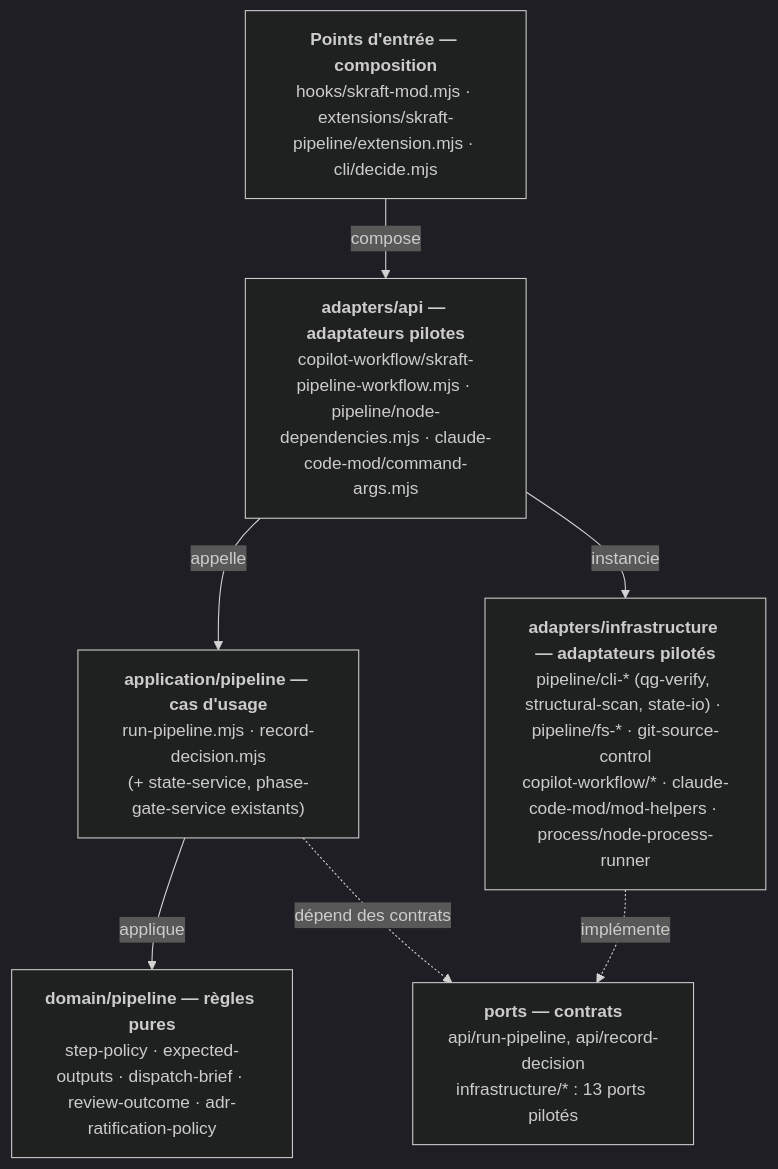
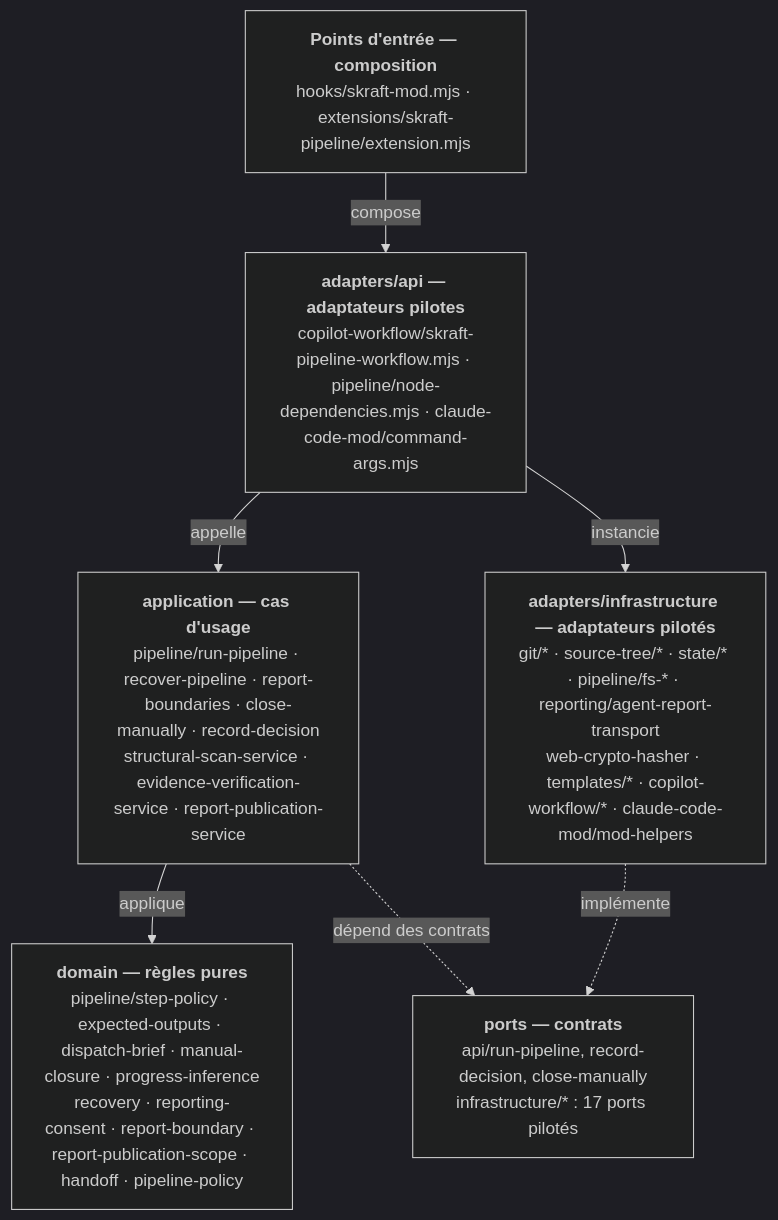
Before and after one commit to SebastienDegodez/skraft-plugin: the first of 5 diagrams in docs/run-pipeline.md, drawn with Mermaid (dark theme). The commit also changed other lines of this file and 10 other files, not shown here.

First line of the commit message:
docs(pipeline): ADR-010, RunPipeline doc rewritten, hooks pages without G1/G6/G9

````diff
--- a/docs/run-pipeline.md
+++ b/docs/run-pipeline.md
@@ -60,16 +111,16 @@
 ```mermaid
 flowchart TB
-  E["<b>Points d'entrée — composition</b><br/>hooks/skraft-mod.mjs · extensions/skraft-pipeline/extension.mjs · cli/decide.mjs"]
+  E["<b>Points d'entrée — composition</b><br/>hooks/skraft-mod.mjs · extensions/skraft-pipeline/extension.mjs"]
   API["<b>adapters/api — adaptateurs pilotes</b><br/>copilot-workflow/skraft-pipeline-workflow.mjs · pipeline/node-dependencies.mjs · claude-code-mod/command-args.mjs"]
-  APP["<b>application/pipeline — cas d'usage</b><br/>run-pipeline.mjs · record-decision.mjs<br/>(+ state-service, phase-gate-service existants)"]
-  DOM["<b>domain/pipeline — règles pures</b><br/>step-policy · expected-outputs · dispatch-brief · review-outcome · adr-ratification-policy"]
-  PORTS["<b>ports — contrats</b><br/>api/run-pipeline, api/record-decision<br/>infrastructure/* : 13 ports pilotés"]
-  INFRA["<b>adapters/infrastructure — adaptateurs pilotés</b><br/>pipeline/cli-* (qg-verify, structural-scan, state-io) · pipeline/fs-* · git-source-control<br/>copilot-workflow/* · claude-code-mod/mod-helpers · process/node-process-runner"]
+  APP["<b>application — cas d'usage</b><br/>pipeline/run-pipeline · recover-pipeline · report-boundaries · close-manually · record-decision<br/>structural-scan-service · evidence-verification-service · report-publication-service"]
+  DOM["<b>domain — règles pures</b><br/>pipeline/step-policy · expected-outputs · dispatch-brief · manual-closure · progress-inference<br/>recovery · reporting-consent · report-boundary · report-publication-scope · handoff · pipeline-policy"]
+  PORTS["<b>ports — contrats</b><br/>api/run-pipeline, record-decision, close-manually<br/>infrastructure/* : 17 ports pilotés"]
+  INFRA["<b>adapters/infrastructure — adaptateurs pilotés</b><br/>git/* · source-tree/* · state/* · pipeline/fs-* · reporting/agent-report-transport<br/>web-crypto-hasher · templates/* · copilot-workflow/* · claude-code-mod/mod-helpers"]
 
   E -->|compose| API
   API -->|appelle| APP
   APP -->|applique| DOM
   APP -.->|dépend des contrats| PORTS
   INFRA -.->|implémente| PORTS
   API -->|instancie| INFRA
 ```
````
